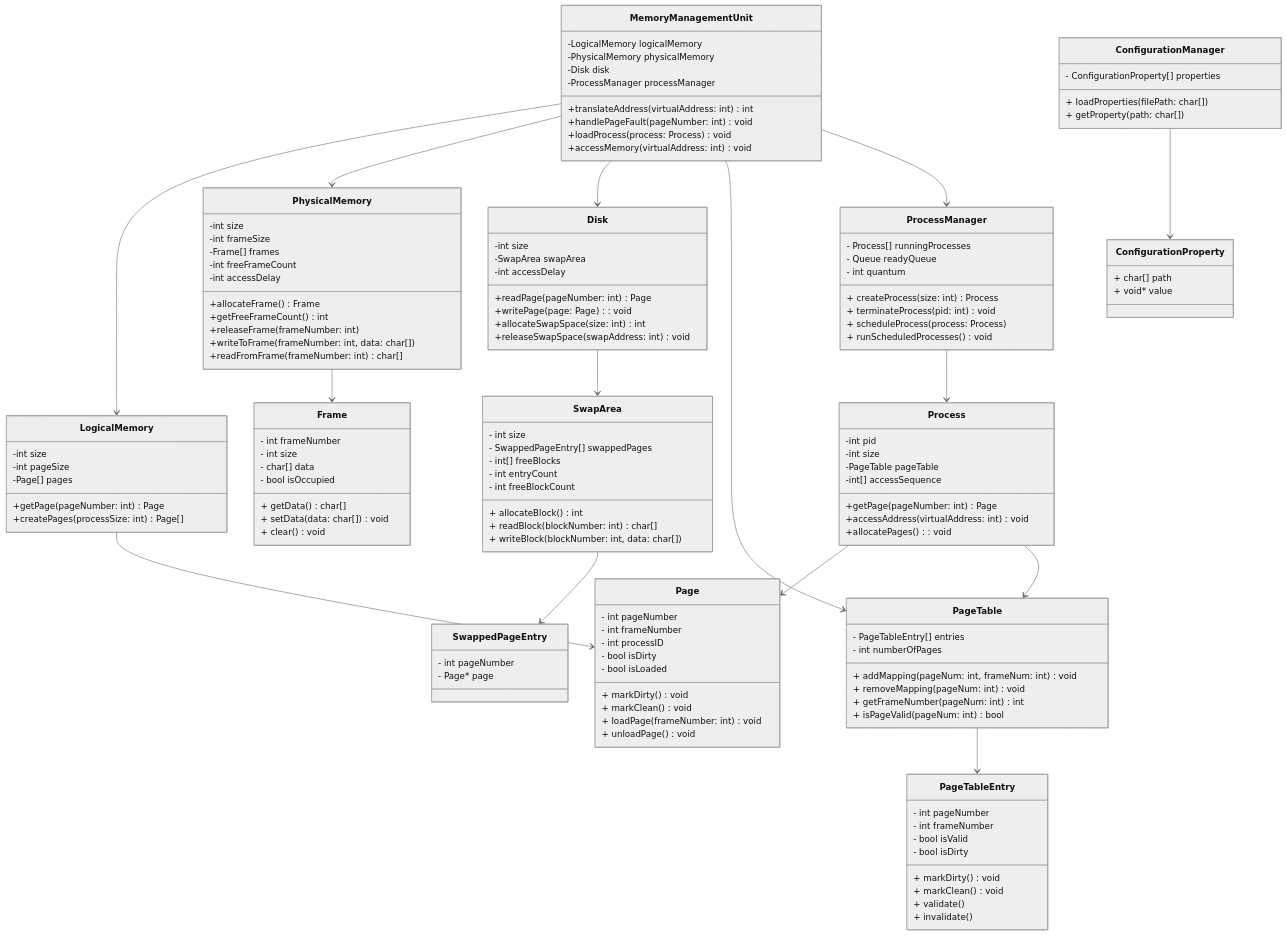
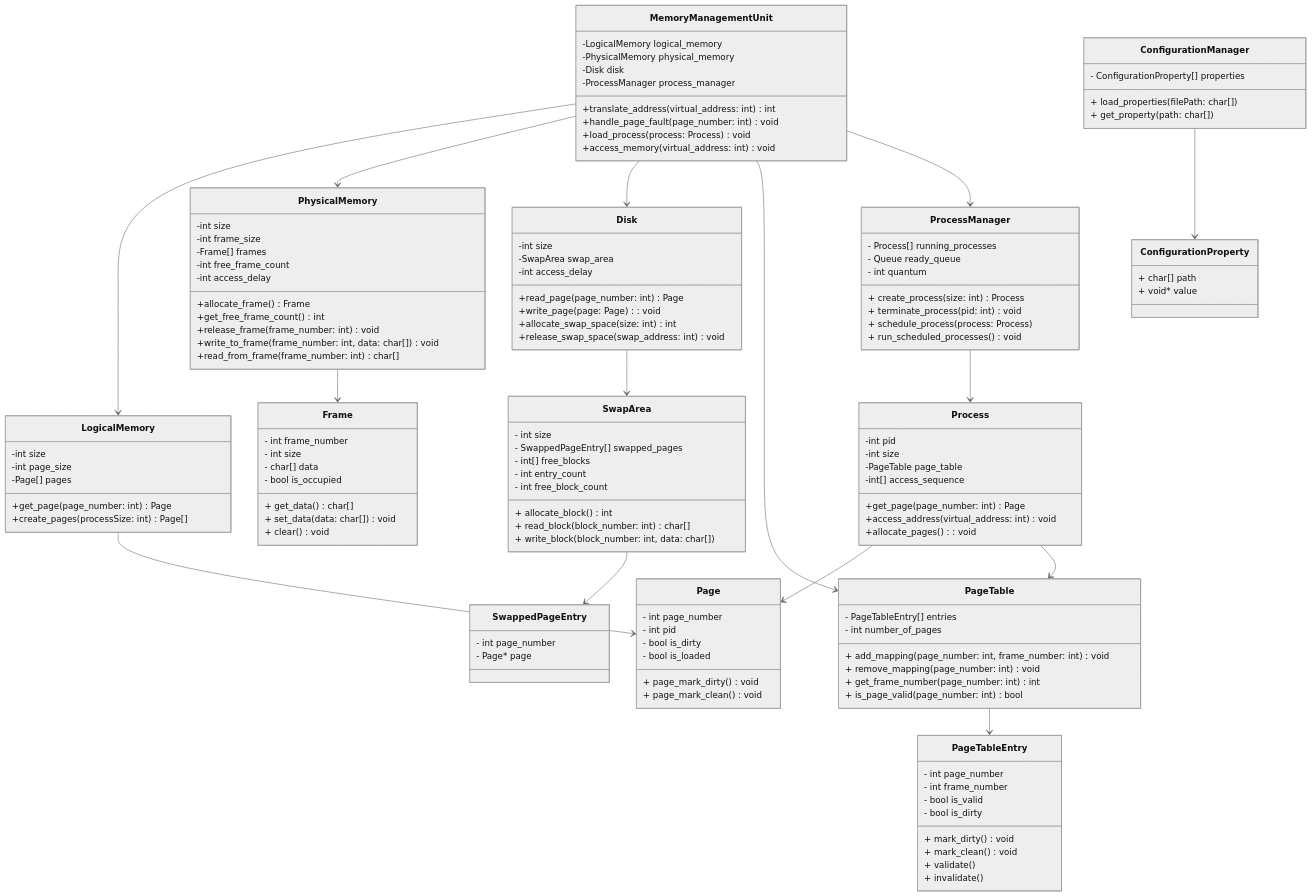
Before and after one commit to ImGabreuw/operating-system-paging-simulation: the diagram in docs/README.md, drawn with Mermaid (neutral theme). The commit also changed other lines of this file, not shown here.

````diff
--- a/docs/README.md
+++ b/docs/README.md
@@ -5,123 +5,120 @@
 ```mermaid
 classDiagram
     class Page {
-      - int pageNumber
-      - int frameNumber
-      - int processID
-      - bool isDirty
-      - bool isLoaded
-      + markDirty() void
-      + markClean() void
-      + loadPage(frameNumber: int) void
-      + unloadPage() void
+      - int page_number
+      - int pid
+      - bool is_dirty
+      - bool is_loaded
+      + page_mark_dirty() void
+      + page_mark_clean() void
     }
 
    class Frame {
-      - int frameNumber
+      - int frame_number
       - int size
       - char[] data
-      - bool isOccupied
-      + getData() char[]
-      + setData(data: char[]) void
+      - bool is_occupied
+      + get_data() char[]
+      + set_data(data: char[]) void
       + clear() void
    }
 
    class PageTable {
       - PageTableEntry[] entries
-      - int numberOfPages
-      + addMapping(pageNum: int, frameNum: int) void
-      + removeMapping(pageNum: int) void
-      + getFrameNumber(pageNum: int) int
-      + isPageValid(pageNum: int) bool
+      - int number_of_pages
+      + add_mapping(page_number: int, frame_number: int) void
+      + remove_mapping(page_number: int) void
+      + get_frame_number(page_number: int) int
+      + is_page_valid(page_number: int) bool
    }
 
    class PageTableEntry {
-      - int pageNumber
-      - int frameNumber
-      - bool isValid
-      - bool isDirty
-      + markDirty() void
-      + markClean() void
+      - int page_number
+      - int frame_number
+      - bool is_valid
+      - bool is_dirty
+      + mark_dirty() void
+      + mark_clean() void
       + validate()
       + invalidate()
    }
 
    class MemoryManagementUnit {
-      -LogicalMemory logicalMemory
-      -PhysicalMemory physicalMemory
+      -LogicalMemory logical_memory
+      -PhysicalMemory physical_memory
       -Disk disk
-      -ProcessManager processManager
-      +translateAddress(virtualAddress: int) int
-      +handlePageFault(pageNumber: int) void 
-      +loadProcess(process: Process) void
-      +accessMemory(virtualAddress: int) void
+      -ProcessManager process_manager
+      +translate_address(virtual_address: int) int
+      +handle_page_fault(page_number: int) void 
+      +load_process(process: Process) void
+      +access_memory(virtual_address: int) void
    }
 
    class LogicalMemory {
       -int size
-      -int pageSize
+      -int page_size
       -Page[] pages
-      +getPage(pageNumber: int) Page
-      +createPages(processSize: int) Page[]
+      +get_page(page_number: int) Page
+      +create_pages(processSize: int) Page[]
    }
 
    class PhysicalMemory {
       -int size
-      -int frameSize
+      -int frame_size
       -Frame[] frames
-      -int freeFrameCount
-      -int accessDelay
-      +allocateFrame() Frame
-      +getFreeFrameCount() int
-      +releaseFrame(frameNumber: int)
-      +writeToFrame(frameNumber: int, data: char[])
-      +readFromFrame(frameNumber: int) char[]
+      -int free_frame_count
+      -int access_delay
+      +allocate_frame() Frame
+      +get_free_frame_count() int
+      +release_frame(frame_number: int) void
+      +write_to_frame(frame_number: int, data: char[]) void
+      +read_from_frame(frame_number: int) char[]
    }
 
    class Disk {
       -int size
-      -SwapArea swapArea
-      -int accessDelay
-      +readPage(pageNumber: int) Page
-      +writePage(page: Page): void
-      +allocateSwapSpace(size: int) int
-      +releaseSwapSpace(swapAddress: int) void
+      -SwapArea swap_area
+      -int access_delay
+      +read_page(page_number: int) Page
+      +write_page(page: Page): void
+      +allocate_swap_space(size: int) int
+      +release_swap_space(swap_address: int) void
    }
 
     class SwapArea {
         - int size
-        - SwappedPageEntry[] swappedPages
-        - int[] freeBlocks
-        - int entryCount
-        - int freeBlockCount
-        + allocateBlock() int
-        + readBlock(blockNumber: int) char[]
-        + writeBlock(blockNumber: int, data: char[])
+        - SwappedPageEntry[] swapped_pages
+        - int[] free_blocks
+        - int entry_count
+        - int free_block_count
+        + allocate_block() int
+        + read_block(block_number: int) char[]
+        + write_block(block_number: int, data: char[])
     }
 
     class SwappedPageEntry {
-        - int pageNumber
+        - int page_number
         - Page* page
     }
 
    class Process {
       -int pid
       -int size
-      -PageTable pageTable
-      -int[] accessSequence
-      +getPage(pageNumber: int) Page
-      +accessAddress(virtualAddress: int) void
-      +allocatePages(): void
+      -PageTable page_table
+      -int[] access_sequence
+      +get_page(page_number: int) Page
+      +access_address(virtual_address: int) void
+      +allocate_pages(): void
    }
 
    class ProcessManager {
-      - Process[] runningProcesses  
-      - Queue readyQueue            
+      - Process[] running_processes  
+      - Queue ready_queue            
       - int quantum                 
-      + createProcess(size: int) Process
-      + terminateProcess(pid: int) void
-      + scheduleProcess(process: Process)
-      + runScheduledProcesses() void
+      + create_process(size: int) Process
+      + terminate_process(pid: int) void
+      + schedule_process(process: Process)
+      + run_scheduled_processes() void
     }
 
    class ConfigurationProperty {
@@ -131,8 +128,8 @@
 
     class ConfigurationManager {
         - ConfigurationProperty[] properties  
-        + loadProperties(filePath: char[])
-        + getProperty(path: char[])
+        + load_properties(filePath: char[])
+        + get_property(path: char[])
     }
 
    MemoryManagementUnit --> LogicalMemory
````
